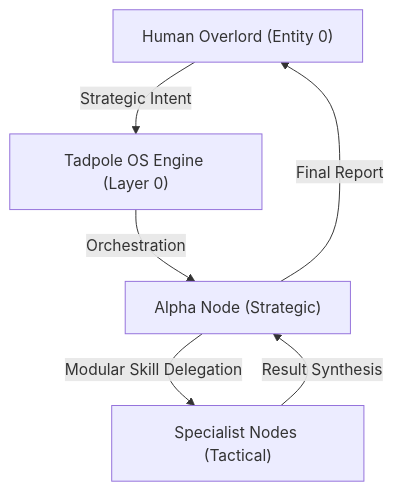
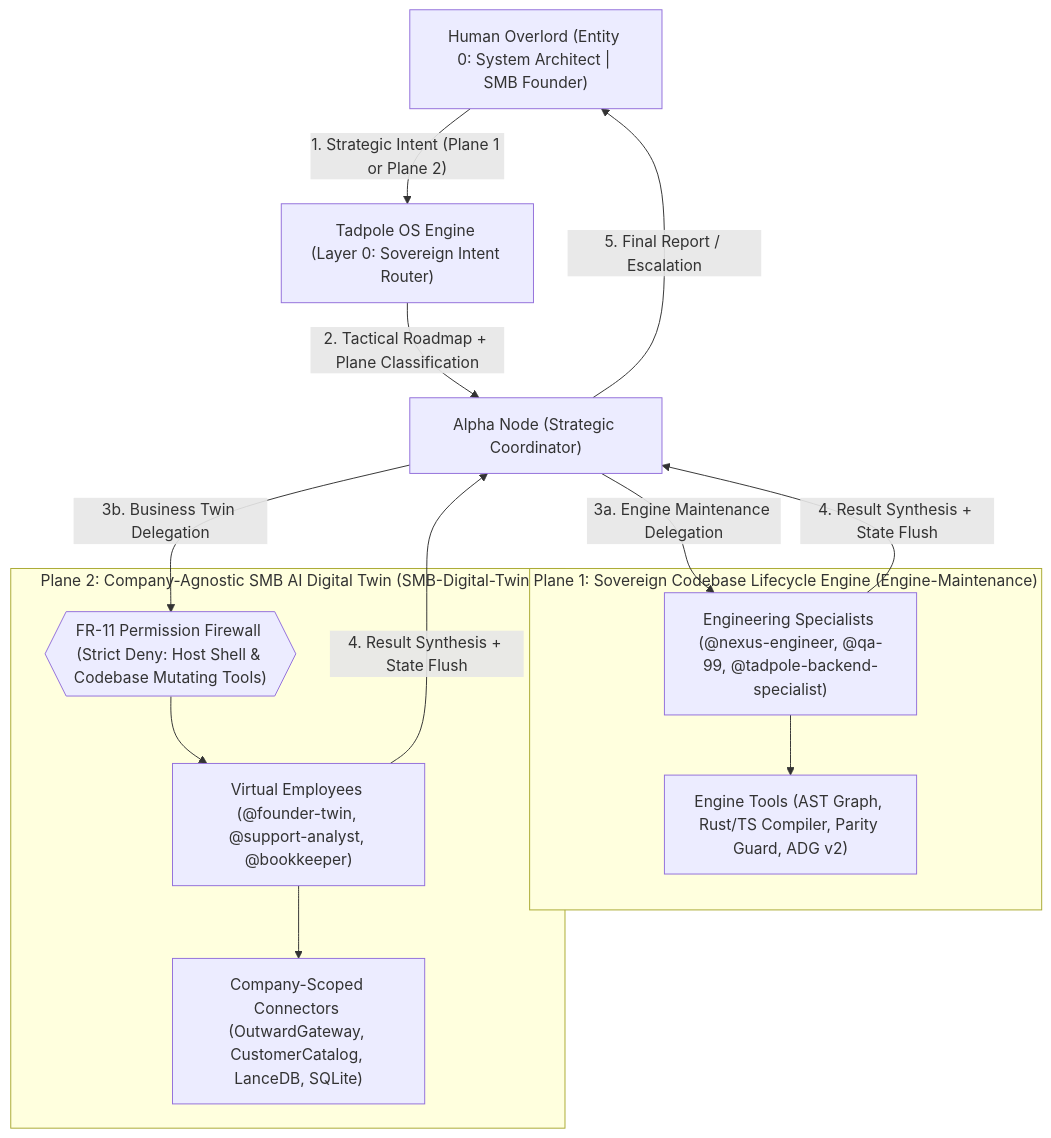
Before and after one commit to DDS-Solutions/Autonomous-Agentic-Tadpole: the diagram in directives/IDENTITY.md, drawn with Mermaid. The commit also changed other lines of this file and 83 other files, not shown here.

Commit message:
feat(kernel): bump version to 1.1.59, adopt dual-plane sovereign hierarchy, FR-11 firewall, and kernel observation compactor

````diff
--- a/directives/IDENTITY.md
+++ b/directives/IDENTITY.md
@@ -26,14 +29,27 @@
 ```mermaid
 graph TD
-    Overlord["Human Overlord (Entity 0)"]
-    Engine["Tadpole OS Engine (Layer 0)"]
-    Alpha["Alpha Node (Strategic)"]
-    Specialist["Specialist Nodes (Tactical)"]
+    Overlord["Human Overlord (Entity 0: System Architect | SMB Founder)"]
+    Engine["Tadpole OS Engine (Layer 0: Sovereign Intent Router)"]
+    Alpha["Alpha Node (Strategic Coordinator)"]
 
-    Overlord -- "Strategic Intent" --> Engine
-    Engine -- "Orchestration" --> Alpha
-    Alpha -- "Modular Skill Delegation" --> Specialist
-    Specialist -- "Result Synthesis" --> Alpha
-    Alpha -- "Final Report" --> Overlord
+    subgraph "Plane 1: Sovereign Codebase Lifecycle Engine (Engine-Maintenance)"
+        SysSpec["Engineering Specialists (@nexus-engineer, @qa-99, @tadpole-backend-specialist)"]
+        SysTools["Engine Tools (AST Graph, Rust/TS Compiler, Parity Guard, ADG v2)"]
+    end
 
+    subgraph "Plane 2: Company-Agnostic SMB AI Digital Twin (SMB-Digital-Twin)"
+        BizFirewall{{"FR-11 Permission Firewall (Strict Deny: Host Shell & Codebase Mutating Tools)"}}
+        BizSpec["Virtual Employees (@founder-twin, @support-analyst, @bookkeeper)"]
+        BizTools["Company-Scoped Connectors (OutwardGateway, CustomerCatalog, LanceDB, SQLite)"]
+    end
+
+    Overlord -- "1. Strategic Intent (Plane 1 or Plane 2)" --> Engine
+    Engine -- "2. Tactical Roadmap + Plane Classification" --> Alpha
+    Alpha -- "3a. Engine Maintenance Delegation" --> SysSpec
+    SysSpec --> SysTools
+    Alpha -- "3b. Business Twin Delegation" --> BizFirewall
+    BizFirewall --> BizSpec
+    BizSpec --> BizTools
+    SysSpec & BizSpec -- "4. Result Synthesis + State Flush" --> Alpha
+    Alpha -- "5. Final Report / Escalation" --> Overlord
 ```
````
